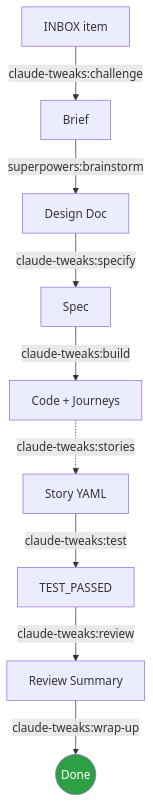
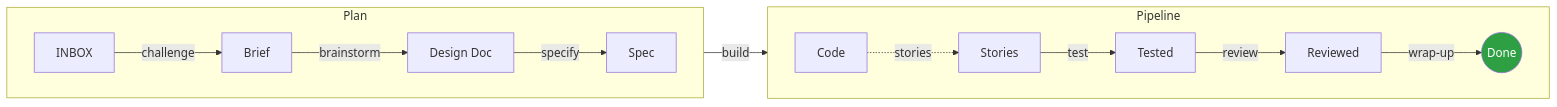
Before and after one commit to thomasholknielsen/claude-tweaks: the second of 2 diagrams in README.md, drawn with Mermaid. The commit also changed other lines of this file, not shown here.

Commit message:
Improve Mermaid diagram layout — side-by-side subgraphs, compact labels
Use graph LR with direction TB inside subgraphs so Plan and Pipeline
sit side-by-side instead of stacking into a massive vertical column.
Short labels in nodes keep it readable — full commands in the table below.

````diff
--- a/README.md
+++ b/README.md
@@ -326,13 +328,21 @@
 ```mermaid
-graph TD
-  inbox["INBOX item"] -->|"claude-tweaks:challenge"| brief["Brief"]
-  brief -->|"superpowers:brainstorm"| design["Design Doc"]
-  design -->|"claude-tweaks:specify"| spec["Spec"]
-  spec -->|"claude-tweaks:build"| code["Code + Journeys"]
-  code -.->|"claude-tweaks:stories"| yaml["Story YAML"]
-  yaml -->|"claude-tweaks:test"| pass["TEST_PASSED"]
-  pass -->|"claude-tweaks:review"| summary["Review Summary"]
-  summary -->|"claude-tweaks:wrap-up"| done(("Done"))
+graph LR
+  subgraph Plan
+    direction LR
+    inbox["INBOX"] -->|challenge| brief["Brief"]
+    brief -->|brainstorm| design["Design Doc"]
+    design -->|specify| spec["Spec"]
+  end
+
+  subgraph Pipeline
+    direction LR
+    code["Code"] -.->|stories| yaml["Stories"]
+    yaml -->|test| pass["Tested"]
+    pass -->|review| summary["Reviewed"]
+    summary -->|wrap-up| done(("Done"))
+  end
+
+  spec -->|build| code
 
   style done fill:#2ea043,color:#fff
 ```
````
